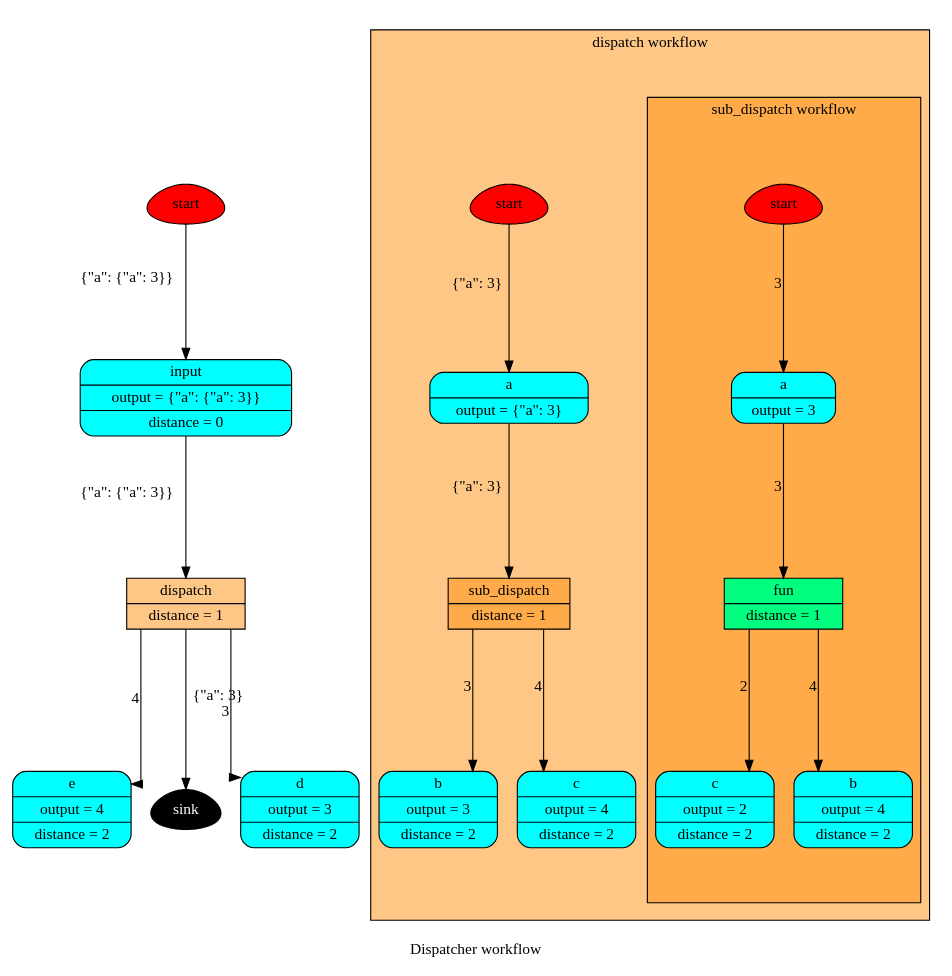
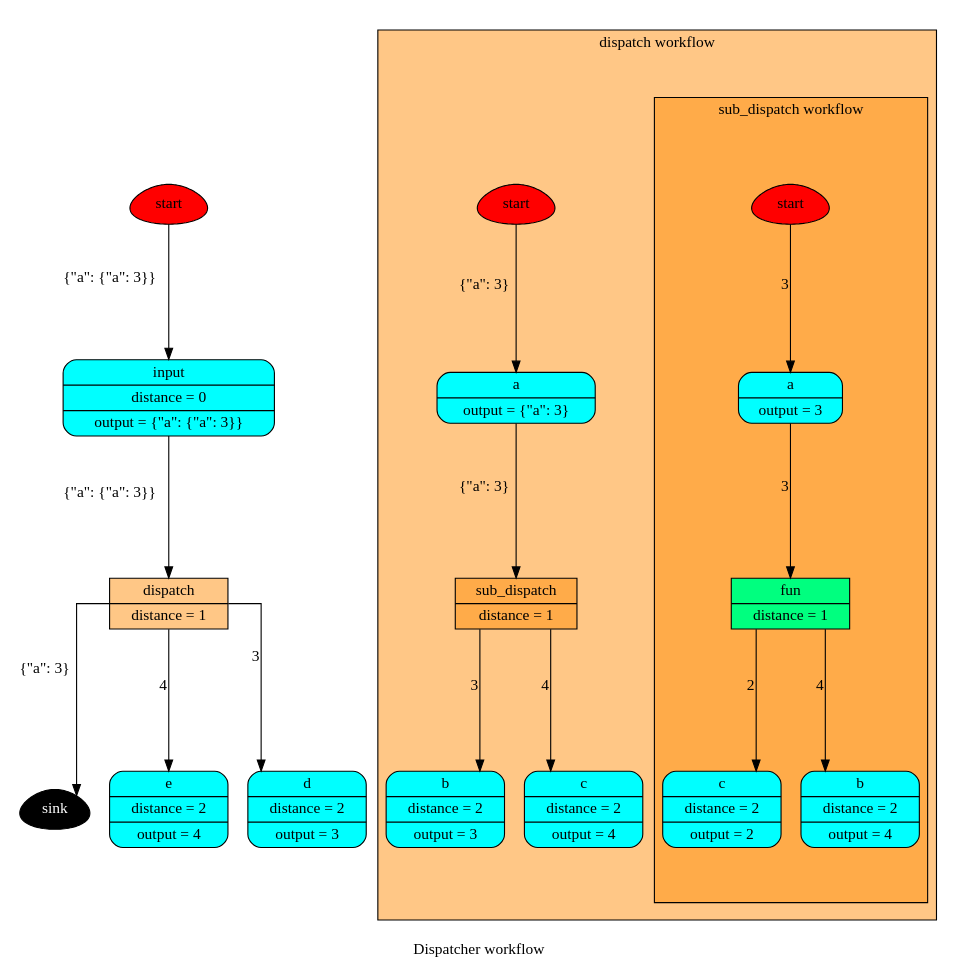
Before and after one commit to vinci1it2000/schedula: the diagram in doc/source/dispatcher/draw/wf.dot, drawn with Graphviz. The commit also changed 22 other files, not shown here.

```diff
--- a/doc/source/dispatcher/draw/wf.dot
+++ b/doc/source/dispatcher/draw/wf.dot
@@ -1,47 +1,47 @@
 digraph Dispatcher {
 	graph [ratio=1]
 	node [style=filled]
 	splines = ortho
 	label = "Dispatcher workflow"
-		Dispatcher_4373709112 [label=start fillcolor=red shape=egg]
-		"Dispatcher_-7463268218442358016" [label="{ e | output = 4 | distance = 2 }" fillcolor=cyan shape=Mrecord]
-		Dispatcher_4373709352 [label=sink fillcolor=black fontcolor=white shape=egg]
-		Dispatcher_5332099414230128037 [label="{ input | output = \{&quot;a&quot;: \{&quot;a&quot;: 3\}\} | distance = 0 }" fillcolor=cyan shape=Mrecord]
-		subgraph cluster_Dispatcher_8831915344634789529 {
+		Dispatcher_4372611384 [label=start fillcolor=red shape=egg]
+		Dispatcher_4372611624 [label=sink fillcolor=black fontcolor=white shape=egg]
+		subgraph "cluster_Dispatcher_-1598182337199577066" {
 		style=filled
 		fillcolor="#FF8F0F80"
 		label="dispatch workflow"
 		comment="dispatch"
-			cluster_Dispatcher_8831915344634789529_4373709112 [label=start fillcolor=red shape=egg]
-			cluster_Dispatcher_8831915344634789529_5198365931108737741 [label="{ b | output = 3 | distance = 2 }" fillcolor=cyan shape=Mrecord]
-			"cluster_Dispatcher_8831915344634789529_-8678671152349271859" [label="{ a | output = \{&quot;a&quot;: 3\} }" fillcolor=cyan shape=Mrecord]
-			"cluster_Dispatcher_8831915344634789529_-7122603177858460539" [label="{ c | output = 4 | distance = 2 }" fillcolor=cyan shape=Mrecord]
-			subgraph "cluster_cluster_Dispatcher_8831915344634789529_-7492051643469341537" {
+			"cluster_Dispatcher_-1598182337199577066_4372611384" [label=start fillcolor=red shape=egg]
+			"cluster_Dispatcher_-1598182337199577066_-7776202301500148952" [label="{ a | output = \{&quot;a&quot;: 3\} }" fillcolor=cyan shape=Mrecord]
+			subgraph "cluster_cluster_Dispatcher_-1598182337199577066_3353466266967505635" {
 			style=filled
 			fillcolor="#FF8F0F80"
 			label="sub_dispatch workflow"
 			comment="sub_dispatch"
-				"cluster_cluster_Dispatcher_8831915344634789529_-7492051643469341537_4373709112" [label=start fillcolor=red shape=egg]
-				"cluster_cluster_Dispatcher_8831915344634789529_-7492051643469341537_-878348487762420980" [label="{ fun | distance = 1 }" fillcolor=springgreen shape=record]
-				"cluster_cluster_Dispatcher_8831915344634789529_-7492051643469341537_-8678671152349271859" [label="{ a | output = 3 }" fillcolor=cyan shape=Mrecord]
-				"cluster_cluster_Dispatcher_8831915344634789529_-7492051643469341537_-7122603177858460539" [label="{ c | output = 2 | distance = 2 }" fillcolor=cyan shape=Mrecord]
-				"cluster_cluster_Dispatcher_8831915344634789529_-7492051643469341537_5198365931108737741" [label="{ b | output = 4 | distance = 2 }" fillcolor=cyan shape=Mrecord]
-					"cluster_cluster_Dispatcher_8831915344634789529_-7492051643469341537_4373709112" -> "cluster_cluster_Dispatcher_8831915344634789529_-7492051643469341537_-8678671152349271859" [xlabel=3]
-					"cluster_cluster_Dispatcher_8831915344634789529_-7492051643469341537_-878348487762420980" -> "cluster_cluster_Dispatcher_8831915344634789529_-7492051643469341537_5198365931108737741" [xlabel=4]
-					"cluster_cluster_Dispatcher_8831915344634789529_-7492051643469341537_-878348487762420980" -> "cluster_cluster_Dispatcher_8831915344634789529_-7492051643469341537_-7122603177858460539" [xlabel=2]
-					"cluster_cluster_Dispatcher_8831915344634789529_-7492051643469341537_-8678671152349271859" -> "cluster_cluster_Dispatcher_8831915344634789529_-7492051643469341537_-878348487762420980" [xlabel=3]
+				"cluster_cluster_Dispatcher_-1598182337199577066_3353466266967505635_4372611384" [label=start fillcolor=red shape=egg]
+				"cluster_cluster_Dispatcher_-1598182337199577066_3353466266967505635_-7776202301500148952" [label="{ a | output = 3 }" fillcolor=cyan shape=Mrecord]
+				"cluster_cluster_Dispatcher_-1598182337199577066_3353466266967505635_1161704250910580454" [label="{ c | distance = 2 | output = 2 }" fillcolor=cyan shape=Mrecord]
+				"cluster_cluster_Dispatcher_-1598182337199577066_3353466266967505635_3212931600518739037" [label="{ b | distance = 2 | output = 4 }" fillcolor=cyan shape=Mrecord]
+				"cluster_cluster_Dispatcher_-1598182337199577066_3353466266967505635_-6843247198074858986" [label="{ fun | distance = 1 }" fillcolor=springgreen shape=record]
+					"cluster_cluster_Dispatcher_-1598182337199577066_3353466266967505635_4372611384" -> "cluster_cluster_Dispatcher_-1598182337199577066_3353466266967505635_-7776202301500148952" [xlabel=3]
+					"cluster_cluster_Dispatcher_-1598182337199577066_3353466266967505635_-7776202301500148952" -> "cluster_cluster_Dispatcher_-1598182337199577066_3353466266967505635_-6843247198074858986" [xlabel=3]
+					"cluster_cluster_Dispatcher_-1598182337199577066_3353466266967505635_-6843247198074858986" -> "cluster_cluster_Dispatcher_-1598182337199577066_3353466266967505635_3212931600518739037" [xlabel=4]
+					"cluster_cluster_Dispatcher_-1598182337199577066_3353466266967505635_-6843247198074858986" -> "cluster_cluster_Dispatcher_-1598182337199577066_3353466266967505635_1161704250910580454" [xlabel=2]
 			}
-			"cluster_Dispatcher_8831915344634789529_-7492051643469341537" [label="{ sub_dispatch | distance = 1 }" fillcolor="#FF8F0F80" shape=record]
-				cluster_Dispatcher_8831915344634789529_4373709112 -> "cluster_Dispatcher_8831915344634789529_-8678671152349271859" [xlabel="\{&quot;a&quot;: 3\}"]
-				"cluster_Dispatcher_8831915344634789529_-8678671152349271859" -> "cluster_Dispatcher_8831915344634789529_-7492051643469341537" [xlabel="\{&quot;a&quot;: 3\}"]
-				"cluster_Dispatcher_8831915344634789529_-7492051643469341537" -> cluster_Dispatcher_8831915344634789529_5198365931108737741 [xlabel=3]
-				"cluster_Dispatcher_8831915344634789529_-7492051643469341537" -> "cluster_Dispatcher_8831915344634789529_-7122603177858460539" [xlabel=4]
+			"cluster_Dispatcher_-1598182337199577066_3353466266967505635" [label="{ sub_dispatch | distance = 1 }" fillcolor="#FF8F0F80" shape=record]
+			"cluster_Dispatcher_-1598182337199577066_3212931600518739037" [label="{ b | distance = 2 | output = 3 }" fillcolor=cyan shape=Mrecord]
+			"cluster_Dispatcher_-1598182337199577066_1161704250910580454" [label="{ c | distance = 2 | output = 4 }" fillcolor=cyan shape=Mrecord]
+				"cluster_Dispatcher_-1598182337199577066_4372611384" -> "cluster_Dispatcher_-1598182337199577066_-7776202301500148952" [xlabel="\{&quot;a&quot;: 3\}"]
+				"cluster_Dispatcher_-1598182337199577066_-7776202301500148952" -> "cluster_Dispatcher_-1598182337199577066_3353466266967505635" [xlabel="\{&quot;a&quot;: 3\}"]
+				"cluster_Dispatcher_-1598182337199577066_3353466266967505635" -> "cluster_Dispatcher_-1598182337199577066_3212931600518739037" [xlabel=3]
+				"cluster_Dispatcher_-1598182337199577066_3353466266967505635" -> "cluster_Dispatcher_-1598182337199577066_1161704250910580454" [xlabel=4]
 		}
-		Dispatcher_8831915344634789529 [label="{ dispatch | distance = 1 }" fillcolor="#FF8F0F80" shape=record]
-		"Dispatcher_-5279003028835121650" [label="{ d | output = 3 | distance = 2 }" fillcolor=cyan shape=Mrecord]
-			Dispatcher_5332099414230128037 -> Dispatcher_8831915344634789529 [xlabel="\{&quot;a&quot;: \{&quot;a&quot;: 3\}\}"]
-			Dispatcher_4373709112 -> Dispatcher_5332099414230128037 [xlabel="\{&quot;a&quot;: \{&quot;a&quot;: 3\}\}"]
-			Dispatcher_8831915344634789529 -> "Dispatcher_-7463268218442358016" [xlabel=4]
-			Dispatcher_8831915344634789529 -> Dispatcher_4373709352 [xlabel="\{&quot;a&quot;: 3\}"]
-			Dispatcher_8831915344634789529 -> "Dispatcher_-5279003028835121650" [xlabel=3]
+		"Dispatcher_-1598182337199577066" [label="{ dispatch | distance = 1 }" fillcolor="#FF8F0F80" shape=record]
+		Dispatcher_7910491920019162266 [label="{ input | distance = 0 | output = \{&quot;a&quot;: \{&quot;a&quot;: 3\}\} }" fillcolor=cyan shape=Mrecord]
+		Dispatcher_1839105624103145851 [label="{ e | distance = 2 | output = 4 }" fillcolor=cyan shape=Mrecord]
+		Dispatcher_1248373816960019038 [label="{ d | distance = 2 | output = 3 }" fillcolor=cyan shape=Mrecord]
+			"Dispatcher_-1598182337199577066" -> Dispatcher_4372611624 [xlabel="\{&quot;a&quot;: 3\}"]
+			"Dispatcher_-1598182337199577066" -> Dispatcher_1839105624103145851 [xlabel=4]
+			"Dispatcher_-1598182337199577066" -> Dispatcher_1248373816960019038 [xlabel=3]
+			Dispatcher_4372611384 -> Dispatcher_7910491920019162266 [xlabel="\{&quot;a&quot;: \{&quot;a&quot;: 3\}\}"]
+			Dispatcher_7910491920019162266 -> "Dispatcher_-1598182337199577066" [xlabel="\{&quot;a&quot;: \{&quot;a&quot;: 3\}\}"]
 }
```
